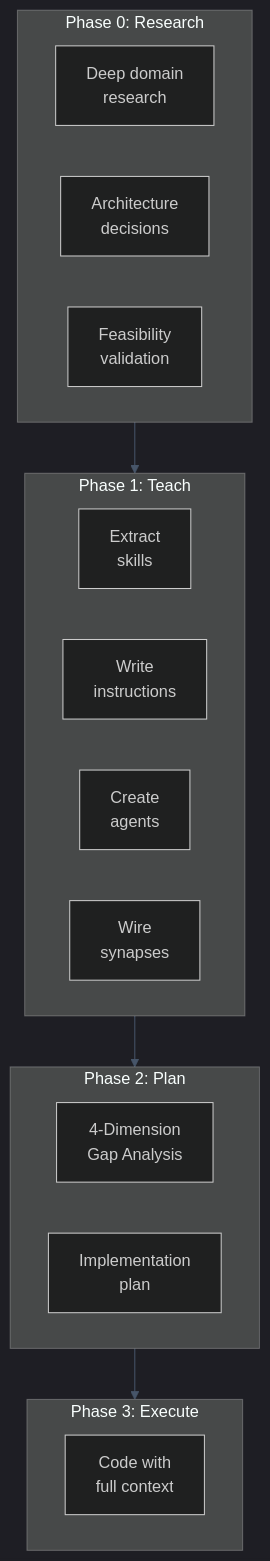
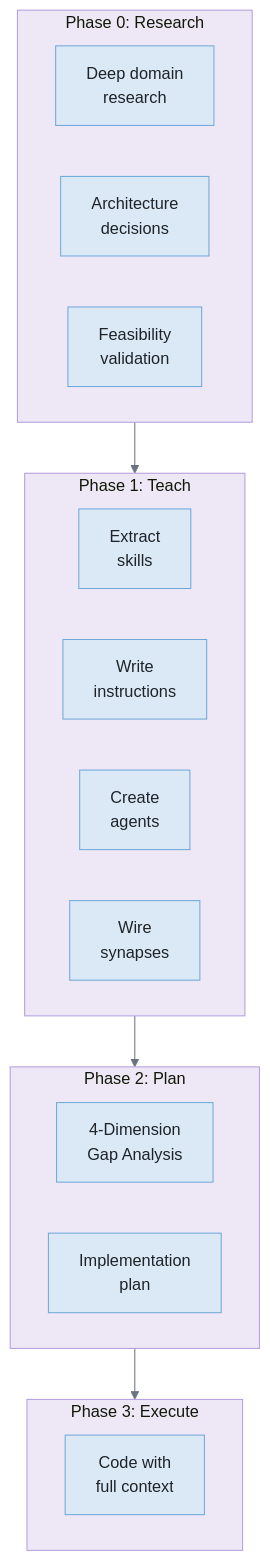
Before and after one commit to fabioc-aloha/Alex_Plug_In: the first of 4 diagrams in alex_docs/architecture/RESEARCH-FIRST-DEVELOPMENT.md, drawn with Mermaid. The commit also changed other lines of this file and 307 other files, not shown here.

````diff
--- a/alex_docs/architecture/RESEARCH-FIRST-DEVELOPMENT.md
+++ b/alex_docs/architecture/RESEARCH-FIRST-DEVELOPMENT.md
@@ -47,27 +47,27 @@
 ```mermaid
-%%{init: {'theme': 'dark', 'themeVariables': {'background': '#0f172a', 'primaryColor': '#1e293b', 'primaryTextColor': '#f1f5f9', 'primaryBorderColor': '#818cf8', 'lineColor': '#475569', 'secondaryColor': '#1e293b', 'secondaryBorderColor': '#2dd4bf', 'tertiaryColor': '#1e293b', 'fontFamily': 'Segoe UI, system-ui, sans-serif'}}}%%
+%%{init: {'theme': 'base', 'themeVariables': {'background': '#f8f9fa', 'primaryColor': '#dbe9f6', 'primaryTextColor': '#1f2328', 'primaryBorderColor': '#6ea8d9', 'lineColor': '#6b7280', 'secondaryColor': '#d1f5ef', 'secondaryBorderColor': '#5ab5a0', 'tertiaryColor': '#ede7f6', 'tertiaryBorderColor': '#b39ddb', 'edgeLabelBackground': '#ffffff', 'fontFamily': 'Segoe UI, system-ui, sans-serif'}}}%%
 flowchart TD
     subgraph P0["Phase 0: Research"]
-        R1["Deep domain\nresearch"]
-        R2["Architecture\ndecisions"]
-        R3["Feasibility\nvalidation"]
+        R1["Deep domain<br/>research"]
+        R2["Architecture<br/>decisions"]
+        R3["Feasibility<br/>validation"]
     end
 
     subgraph P1["Phase 1: Teach"]
-        T1["Extract\nskills"]
-        T2["Write\ninstructions"]
-        T3["Create\nagents"]
-        T4["Wire\nsynapses"]
+        T1["Extract<br/>skills"]
+        T2["Write<br/>instructions"]
+        T3["Create<br/>agents"]
+        T4["Wire<br/>synapses"]
     end
 
     subgraph P2["Phase 2: Plan"]
-        GA["4-Dimension\nGap Analysis"]
-        PL["Implementation\nplan"]
+        GA["4-Dimension<br/>Gap Analysis"]
+        PL["Implementation<br/>plan"]
     end
 
     subgraph P3["Phase 3: Execute"]
-        EX["Code with\nfull context"]
+        EX["Code with<br/>full context"]
     end
 
     P0 --> P1 --> P2 --> P3
 ```
````
